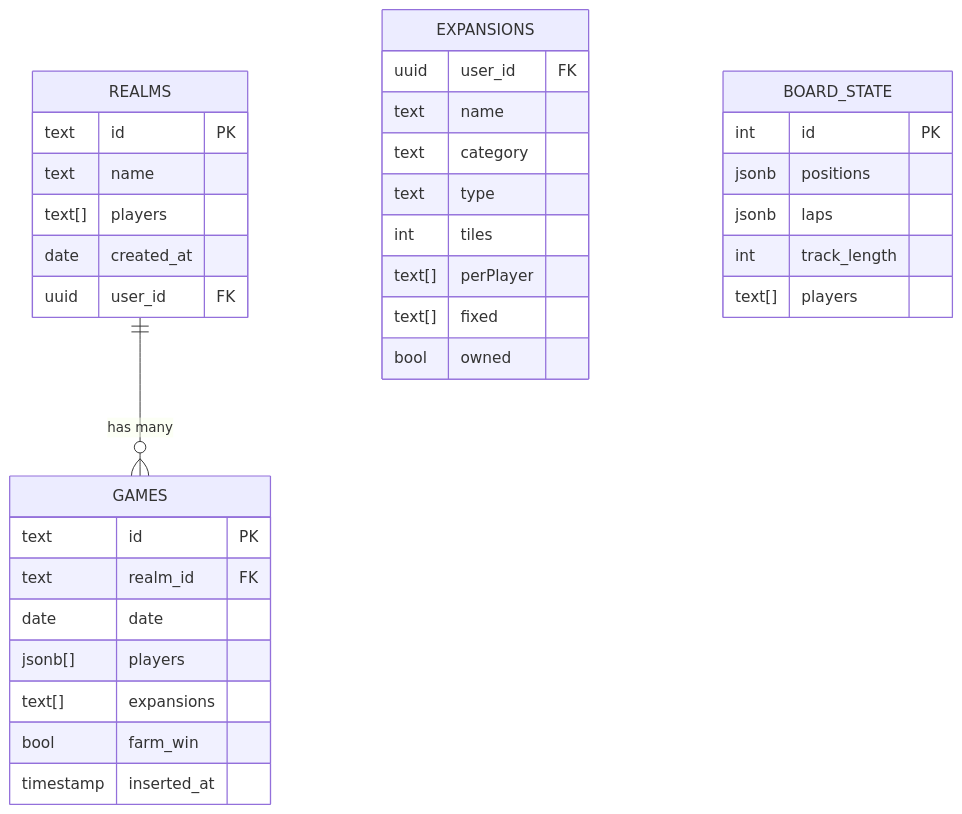
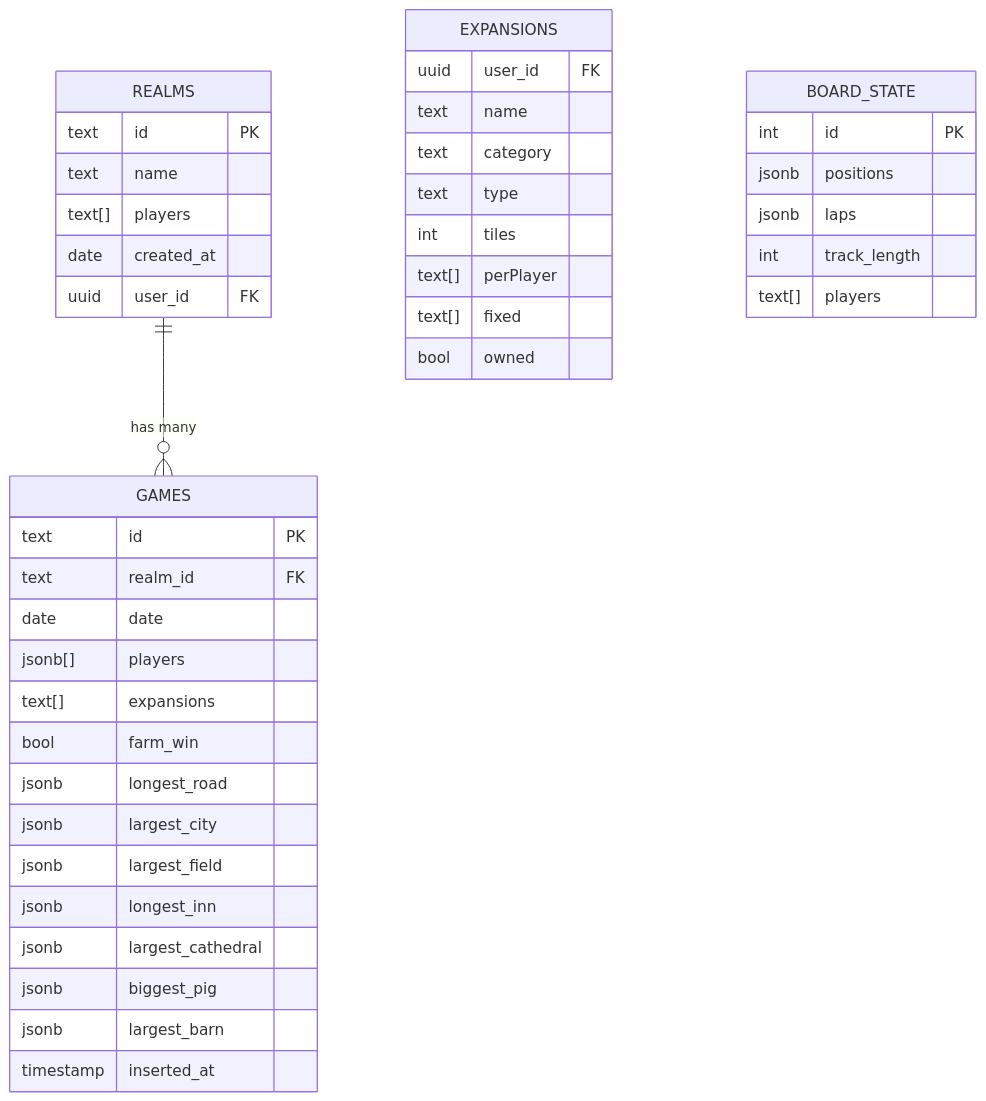
Before and after one commit to poojanp00/carcasonne-tracker: the second of 4 diagrams in README.md, drawn with Mermaid. The commit also changed other lines of this file and 10 other files, not shown here.

````diff
--- a/README.md
+++ b/README.md
@@ -88,41 +88,48 @@
 ```mermaid
 erDiagram
     REALMS {
         text id PK
         text name
         text[] players
         date created_at
         uuid user_id FK
     }
 
     GAMES {
         text id PK
         text realm_id FK
         date date
         jsonb[] players
         text[] expansions
         bool farm_win
+        jsonb longest_road
+        jsonb largest_city
+        jsonb largest_field
+        jsonb longest_inn
+        jsonb largest_cathedral
+        jsonb biggest_pig
+        jsonb largest_barn
         timestamp inserted_at
     }
 
     EXPANSIONS {
         uuid user_id FK
         text name
         text category
         text type
         int tiles
         text[] perPlayer
         text[] fixed
         bool owned
     }
 
     BOARD_STATE {
         int id PK
         jsonb positions
         jsonb laps
         int track_length
         text[] players
     }
 
     REALMS ||--o{ GAMES : "has many"
 ```
````
